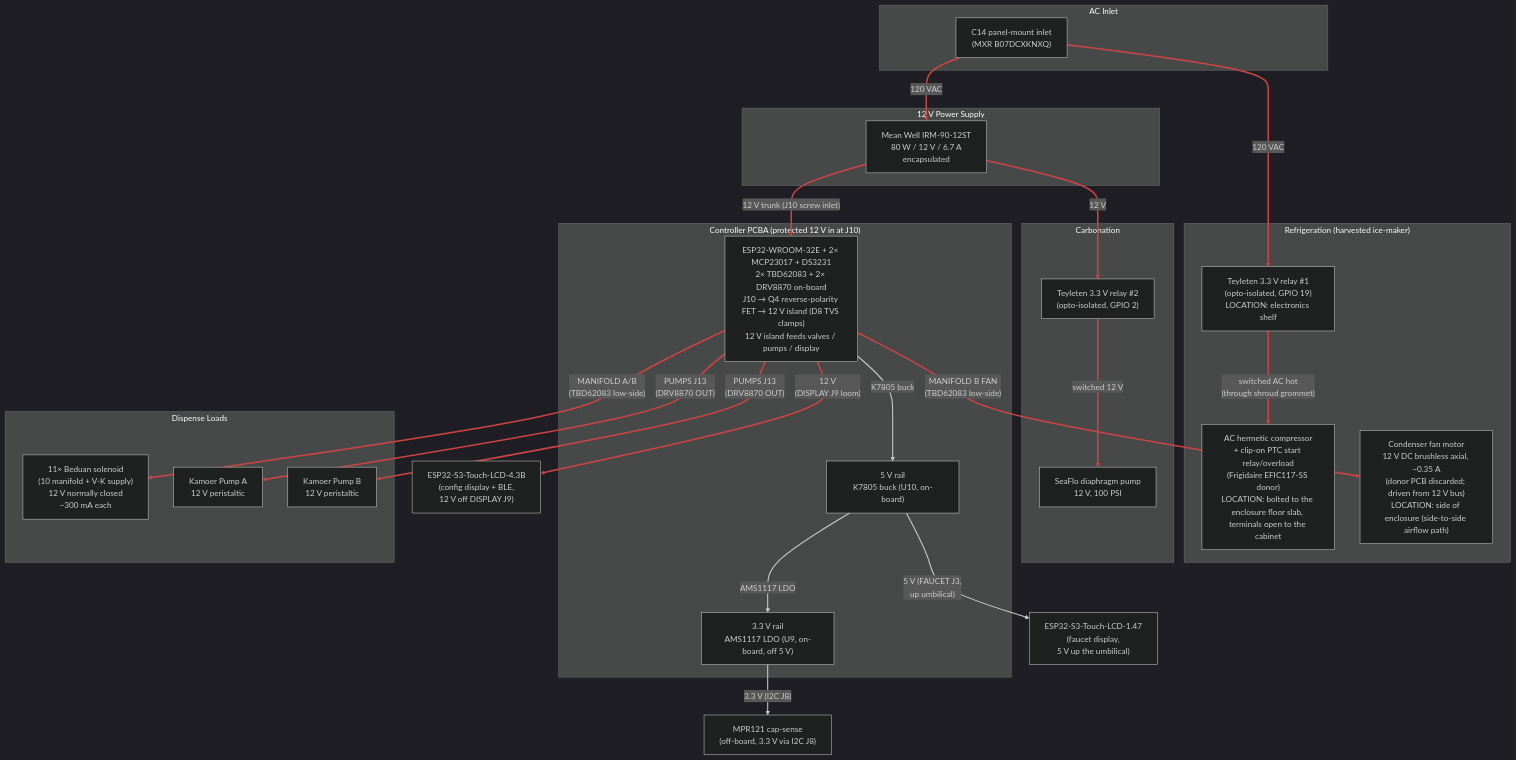
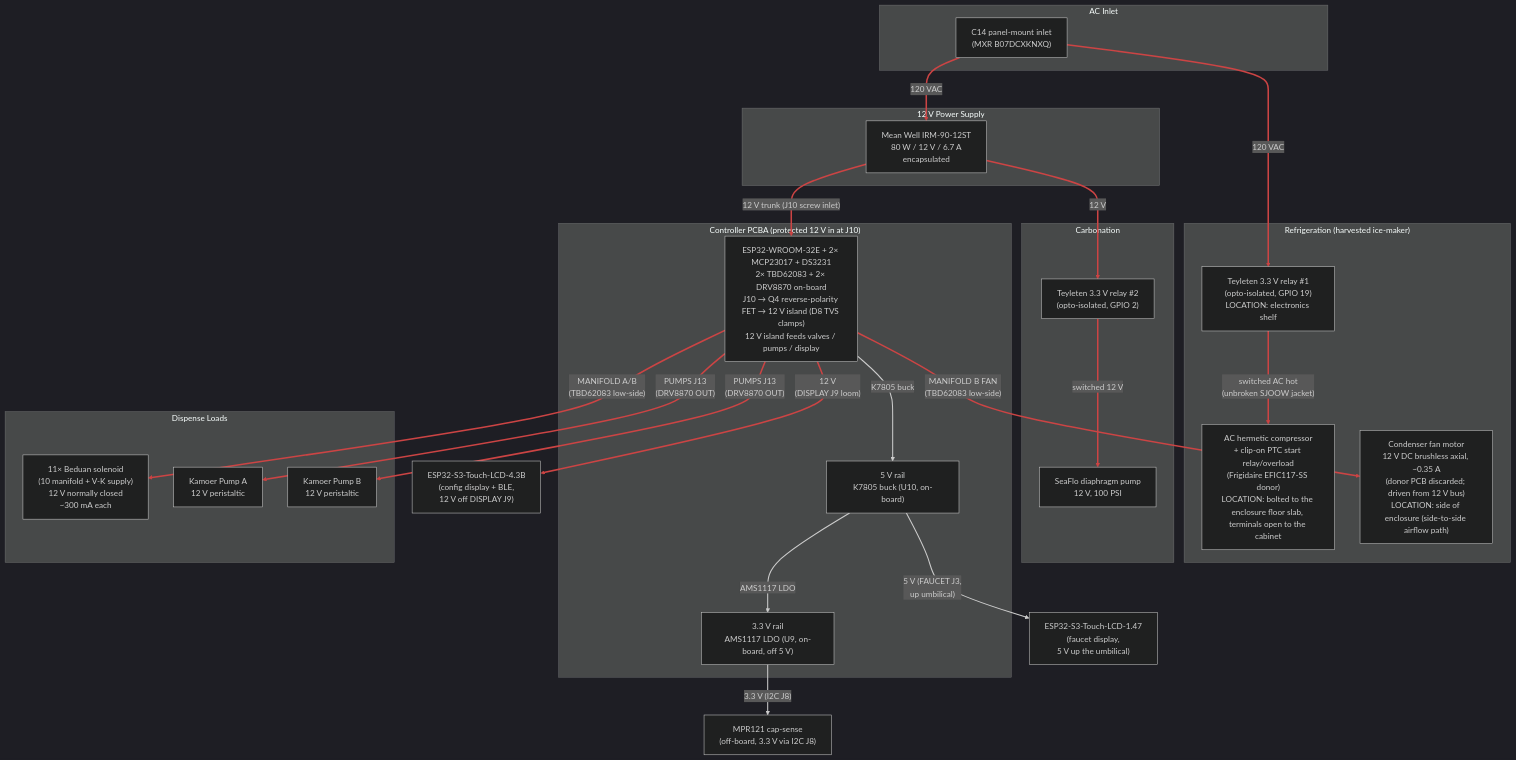
Before and after one commit to derekbreden/homesodamachine: the diagram in hardware/wiring/power.mmd, drawn with Mermaid (dark theme). The commit also changed 3 other files, not shown here.

```diff
--- a/hardware/wiring/power.mmd
+++ b/hardware/wiring/power.mmd
@@ -1,133 +1,133 @@
 flowchart TD
 
   %% Power Distribution (current plan).
   %% 120 VAC mains in via C14 inlet; Mean Well 12 V PSU supplies the
   %% 12 V bus for everything except the compressor itself, which runs
   %% on switched mains via Teyleten relay #1 (PCBA RELAYS J5, ESP32
   %% GPIO 19). The 12 V diaphragm pump is gated by Teyleten relay #2
   %% (PCBA RELAYS J5, ESP32 GPIO 2) so firmware can keep refill off
   %% during an active dispense. Both relay modules take their coil/opto
   %% 5 V from RELAYS J5.
   %% The 12 V bus feeds the controller PCBA at its screw inlet (J10).
   %% The inlet is protected in series: a P-channel MOSFET (Q4, AO3407)
   %% in the high side blocks reverse polarity before the 12 V reaches the
   %% island; and a 15 V TVS (D8, SMAJ15A) clamps input surges the board
   %% sees to under C3's 25 V rating. Overcurrent is bounded by the Mean
   %% Well supply's own 6.7 A OCP.
   %% The board makes its own logic rails — 5 V from the on-board K7805
   %% buck (U10), 3.3 V from the on-board AMS1117 LDO (U9, off the 5 V
   %% rail) — and carries the WROOM, both MCP23017s, the RTC, both
   %% TBD62083s, and the two DRV8870 pump H-bridges. Off-board 12 V
   %% loads draw through the board: solenoid valves + condenser fan
   %% through the TBD62083 channels (MANIFOLD A/B), peristaltic pumps through
   %% the DRV8870s (PUMPS J13), and the 4.3B config display through its
   %% loom connector (DISPLAY J9 carries RS485 + 12 V). The faucet
   %% display takes 5 V up the umbilical (FAUCET J3); the sensor loom
   %% (SENSORS J4) and the MQ-6 heater (GAS J11) draw 5 V / 3.3 V off
   %% the same on-board rails.
   %% Physical placement:
   %% - The C14 inlet, AC distribution, PSU, both Teyleten relays, and
   %%   the controller PCBA sit on a single electronics shelf at the
   %%   top-back of the enclosure, behind the rear-panel C14 inlet.
   %% - The compressor sits middle-bottom, bolted down to the enclosure
   %%   floor slab on four printed posts. Its terminal block and its
   %%   clip-on PTC start relay + overload module stand OPEN to the
   %%   cabinet volume — nothing encloses them. `/business/regulatory.md`
   %%   carries that as a live gap against 60335-2-24's fire-enclosure
   %%   requirement, and closing it is a prerequisite for any claim.
   %% - Teyleten relay #1 stays on the SHELF, away from the refrigerant
   %%   compartment. Only switched AC reaches the compressor — one
   %%   jacketed SJOOW bundle, switched H + N + chassis G (AC-4/5/6),
   %%   unbroken from the shelf and its own strain relief. This keeps
   %%   the arcing contact out of the hydrocarbon-refrigerant volume,
   %%   which is the one placement rule that still holds there.
   %% - The condenser fan motor is on the side of the enclosure
   %%   (the side-to-side intake → condenser → exhaust airflow path).
   %%   It is a 12 V DC brushless axial
   %%   fan: the donor ice maker's own PCB regulated mains to 12 V
   %%   to drive it (factory wiring was never AC on the fan itself),
   %%   so on harvest we discard the donor PCB and drive the fan
   %%   from our own 12 V bus. Low-side switched via one channel of
   %%   TBD62083 #2 (MANIFOLD B FAN pin, driven from MCP23017 0x21
   %%   PA3) — same pattern as the solenoid valves. Firmware turns it
   %%   on/off in lockstep with the compressor.
   %% See `ac-wiring-schedule.md` for run-by-run gauges + lengths and
   %% `../assembly/enclosure-mechanical.md` §5 for the compressor's
   %% four floor posts and the bond that lands under one of their screws.
 
   subgraph AC_Inlet["AC Inlet"]
     C14["C14 panel-mount inlet\n(MXR B07DCXKNXQ)"]
   end
 
   subgraph Supply["12 V Power Supply"]
     PSU["Mean Well IRM-90-12ST\n80 W / 12 V / 6.7 A\nencapsulated"]
   end
 
   subgraph Refrigeration["Refrigeration  (harvested ice-maker)"]
     RELAY["Teyleten 3.3 V relay #1\n(opto-isolated, GPIO 19)\nLOCATION: electronics shelf"]
     COMP_AC["AC hermetic compressor\n+ clip-on PTC start relay/overload\n(Frigidaire EFIC117-SS donor)\nLOCATION: bolted to the enclosure floor slab, terminals open to the cabinet"]
     COND_FAN["Condenser fan motor\n12 V DC brushless axial, ~0.35 A\n(donor PCB discarded; driven from 12 V bus)\nLOCATION: side of enclosure (side-to-side airflow path)"]
   end
 
   subgraph Carbonation["Carbonation"]
     DIA_RELAY["Teyleten 3.3 V relay #2\n(opto-isolated, GPIO 2)"]
     DIA_PUMP["SeaFlo diaphragm pump\n12 V, 100 PSI"]
   end
 
   subgraph Board["Controller PCBA  (protected 12 V in at J10)"]
     PCBA["ESP32-WROOM-32E + 2× MCP23017 + DS3231\n2× TBD62083 + 2× DRV8870 on-board\nJ10 → Q4 reverse-polarity FET → 12 V island (D8 TVS clamps)\n12 V island feeds valves / pumps / display"]
     REG_5V["5 V rail\nK7805 buck (U10, on-board)"]
     REG_3V3["3.3 V rail\nAMS1117 LDO (U9, on-board, off 5 V)"]
   end
 
   subgraph Dispense["Dispense Loads"]
     VALVES["11× Beduan solenoid\n(10 manifold + V-K supply)\n12 V normally closed\n~300 mA each"]
     PUMP_A["Kamoer Pump A\n12 V peristaltic"]
     PUMP_B["Kamoer Pump B\n12 V peristaltic"]
   end
 
   CFG["ESP32-S3-Touch-LCD-4.3B\n(config display + BLE,\n 12 V off DISPLAY J9)"]
 
   FAUCET["ESP32-S3-Touch-LCD-1.47\n(faucet display,\n 5 V up the umbilical)"]
 
   MPR["MPR121 cap-sense\n(off-board, 3.3 V via I2C J8)"]
 
   %% AC distribution (hot leg)
   C14 ==>|"120 VAC"| RELAY
   C14 ==>|"120 VAC"| PSU
-  RELAY ==>|"switched AC hot\n(through shroud grommet)"| COMP_AC
+  RELAY ==>|"switched AC hot\n(unbroken SJOOW jacket)"| COMP_AC
 
   %% 12 V distribution
   PSU ==>|"12 V trunk (J10 screw inlet)"| PCBA
   PSU ==>|"12 V"| DIA_RELAY
   DIA_RELAY ==>|"switched 12 V"| DIA_PUMP
   PCBA ==>|"MANIFOLD A/B\n(TBD62083 low-side)"| VALVES
   PCBA ==>|"MANIFOLD B FAN\n(TBD62083 low-side)"| COND_FAN
   PCBA ==>|"PUMPS J13\n(DRV8870 OUT)"| PUMP_A
   PCBA ==>|"PUMPS J13\n(DRV8870 OUT)"| PUMP_B
   PCBA ==>|"12 V\n(DISPLAY J9 loom)"| CFG
 
   %% Logic rails (made on the PCBA)
   PCBA -->|"K7805 buck"| REG_5V
   REG_5V -->|"5 V (FAUCET J3,\n up umbilical)"| FAUCET
   REG_5V -->|"AMS1117 LDO"| REG_3V3
   REG_3V3 -->|"3.3 V (I2C J8)"| MPR
 
   %% Power paths (red, thick).
   %% 0    = C14 -> relay #1 (AC mains)
   %% 1    = C14 -> PSU (AC mains)
-  %% 2    = relay #1 -> compressor (switched AC, through shroud)
+  %% 2    = relay #1 -> compressor (switched AC, unbroken SJOOW jacket)
   %% 3    = PSU 12 V trunk -> PCBA (J10)
   %% 4    = PSU 12 V -> diaphragm relay #2
   %% 5    = relay #2 -> diaphragm pump (switched 12 V)
   %% 6    = PCBA -> solenoid valves (TBD62083 low-side)
   %% 7    = PCBA -> condenser fan (TBD62083 low-side)
   %% 8-9  = PCBA -> peristaltic pumps (DRV8870)
   %% 10   = PCBA -> 4.3B config display (12 V off J9)
   linkStyle 0,1,2,3,4,5,6,7,8,9,10 stroke:#c44,stroke-width:3px
   %% Logic rails (5 V, 3.3 V), made on the PCBA: white workhorse.
   %% 11 = K7805 buck -> 5 V rail
   %% 12 = 5 V rail -> faucet display (up umbilical)
   %% 13 = AMS1117 -> 3.3 V rail
   %% 14 = 3.3 V rail -> off-board MPR121 (I2C header)
   linkStyle 11,12,13,14 stroke:#ccc,stroke-width:2px
```
